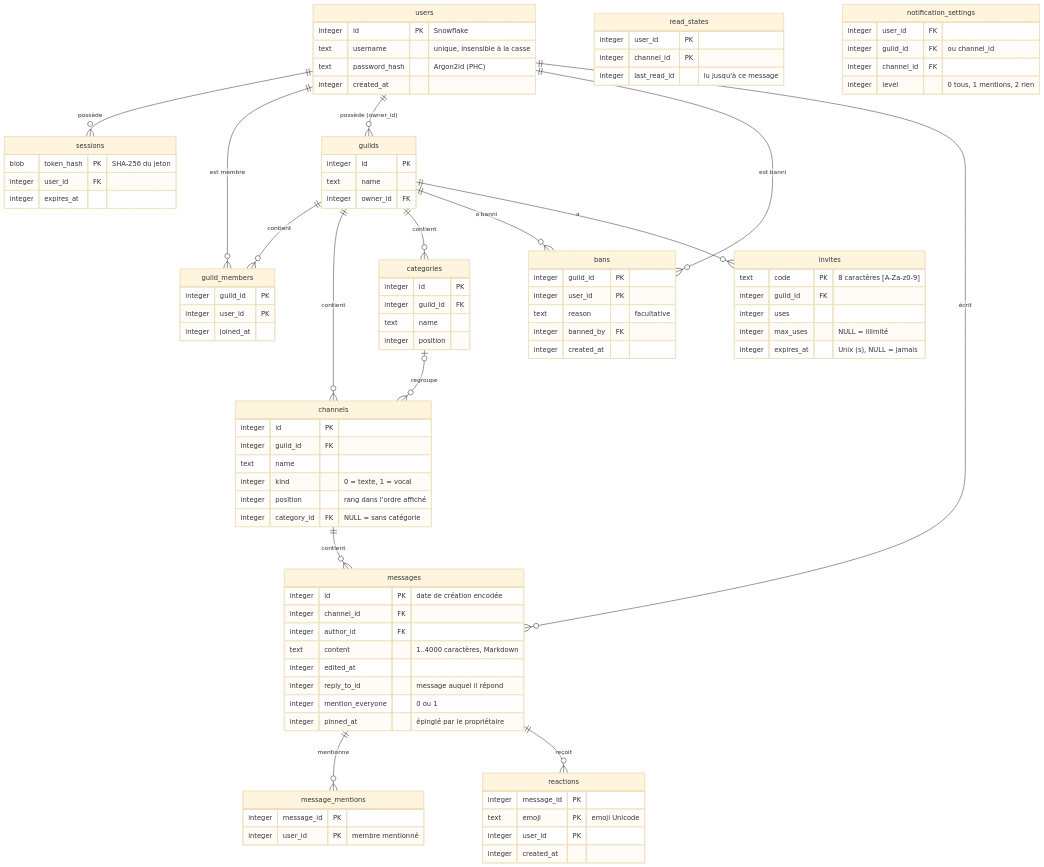
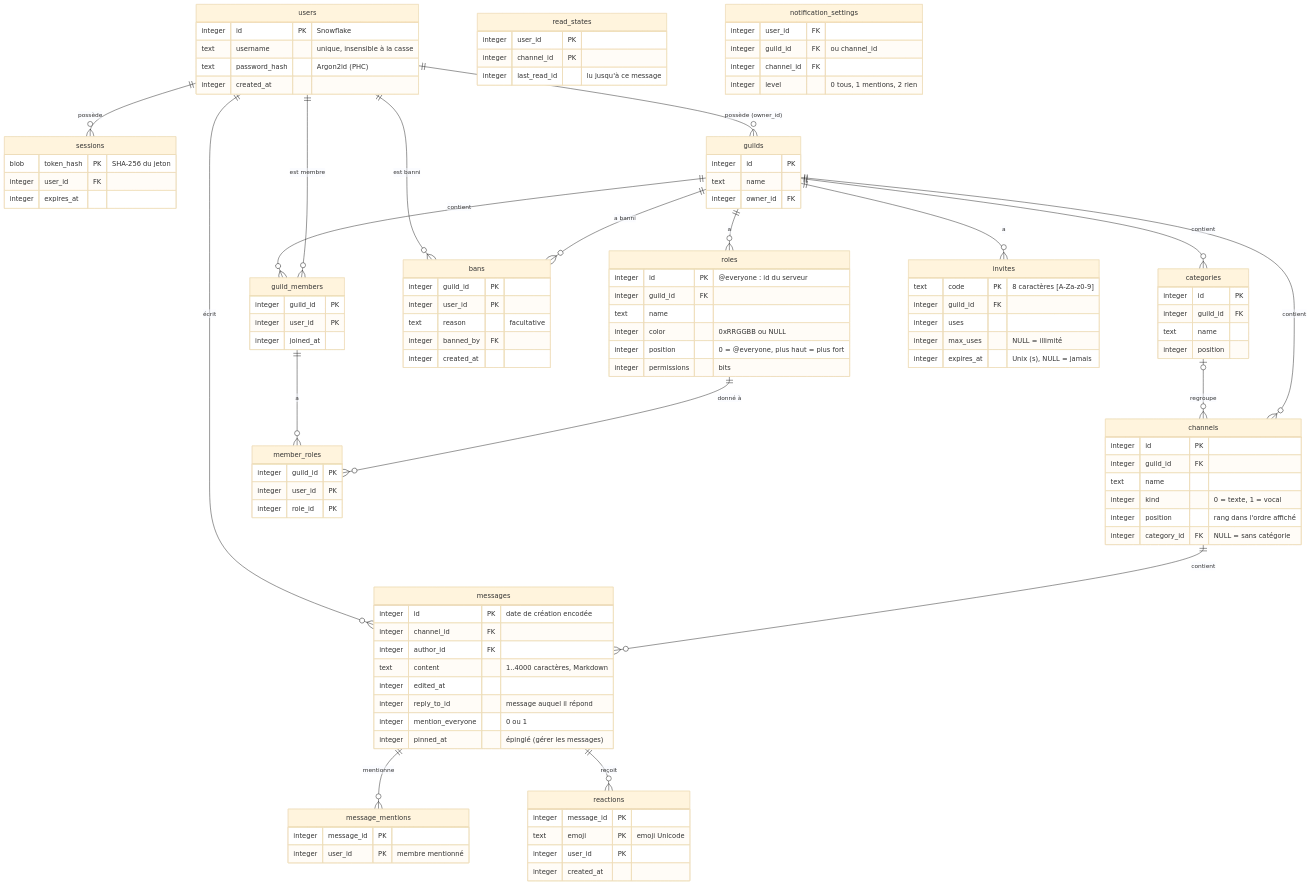
Before and after one commit to DonRosio/plume-lite: the fourth of 4 diagrams in docs/ARCHITECTURE.md, drawn with Mermaid (base theme). The commit also changed other lines of this file and 41 other files, not shown here.

```diff
--- a/docs/ARCHITECTURE.md
+++ b/docs/ARCHITECTURE.md
@@ -176,6 +177,9 @@
     categories |o--o{ channels : "regroupe"
     guilds ||--o{ bans : "a banni"
     users ||--o{ bans : "est banni"
+    guilds ||--o{ roles : "a"
+    roles ||--o{ member_roles : "donné à"
+    guild_members ||--o{ member_roles : "a"
     channels ||--o{ messages : "contient"
     users ||--o{ messages : "écrit"
     messages ||--o{ message_mentions : "mentionne"
@@ -216,6 +220,19 @@
         text name
         integer position
     }
+    roles {
+        integer id PK "@everyone : id du serveur"
+        integer guild_id FK
+        text name
+        integer color "0xRRGGBB ou NULL"
+        integer position "0 = @everyone, plus haut = plus fort"
+        integer permissions "bits"
+    }
+    member_roles {
+        integer guild_id PK
+        integer user_id PK
+        integer role_id PK
+    }
     bans {
         integer guild_id PK
         integer user_id PK
@@ -231,7 +248,7 @@
         integer edited_at
         integer reply_to_id "message auquel il répond"
         integer mention_everyone "0 ou 1"
-        integer pinned_at "épinglé par le propriétaire"
+        integer pinned_at "épinglé (gérer les messages)"
     }
     read_states {
         integer user_id PK
```
